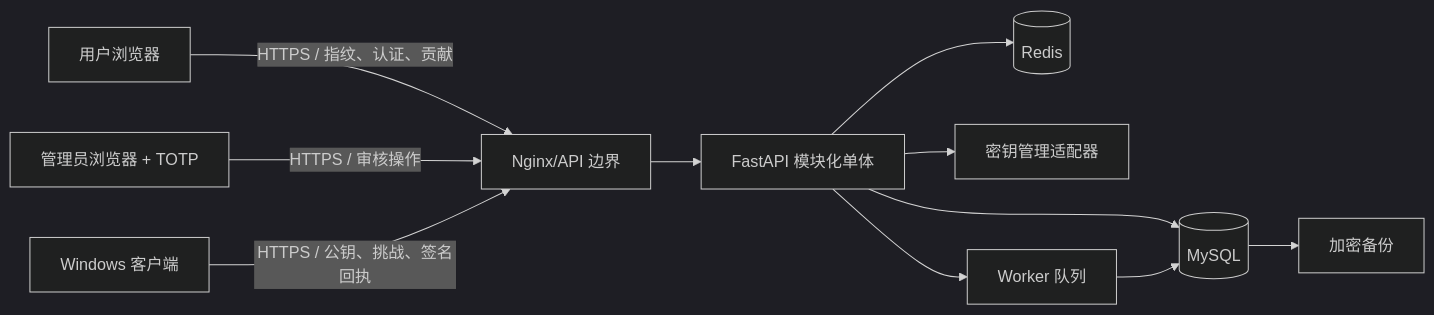
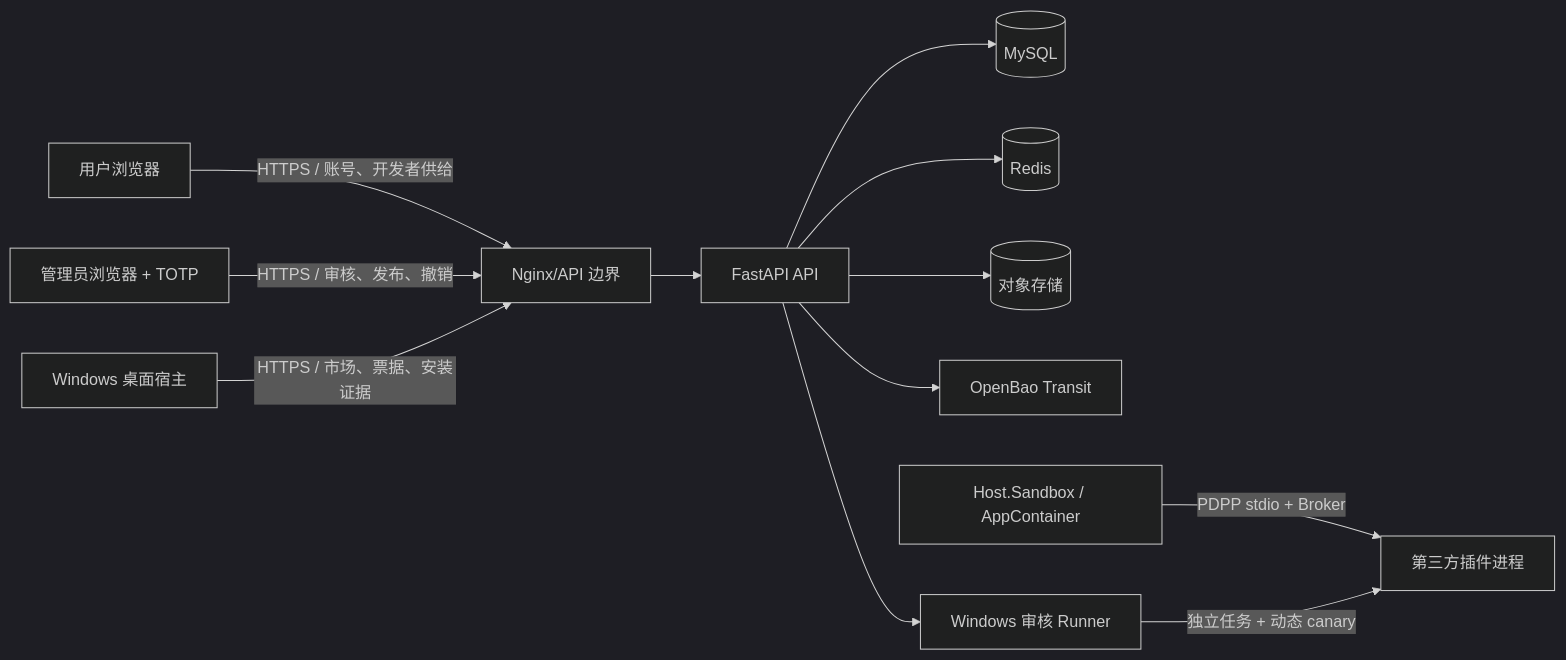
The diagram in docs/threat-model/initial-threat-model.md (sakuralike/md5), drawn with Mermaid (dark theme) before and after one commit. The commit also changed other lines of this file and 37 other files, not shown here.

Commit message:
feat: complete rust sandbox and host isolation boundary

````diff
--- a/docs/threat-model/initial-threat-model.md
+++ b/docs/threat-model/initial-threat-model.md
@@ -17,13 +21,14 @@
 ```mermaid
 flowchart LR
-    U["用户浏览器"] -->|"HTTPS / 指纹、认证、贡献"| N["Nginx/API 边界"]
-    A["管理员浏览器 + TOTP"] -->|"HTTPS / 审核操作"| N
-    D["Windows 客户端"] -->|"HTTPS / 公钥、挑战、签名回执"| N
-    N --> API["FastAPI 模块化单体"]
+    U["用户浏览器"] -->|"HTTPS / 账号、开发者供给"| EDGE["Nginx/API 边界"]
+    A["管理员浏览器 + TOTP"] -->|"HTTPS / 审核、发布、撤销"| EDGE
+    D["Windows 桌面宿主"] -->|"HTTPS / 市场、票据、安装证据"| EDGE
+    EDGE --> API["FastAPI API"]
     API --> DB[("MySQL")]
-    API --> R[("Redis")]
-    API --> K["密钥管理适配器"]
-    API --> Q["Worker 队列"]
-    Q --> DB
-    DB --> B["加密备份"]
+    API --> REDIS[("Redis")]
+    API --> OBJ[("对象存储")]
+    API --> BAO["OpenBao Transit"]
+    API --> RUNNER["Windows 审核 Runner"]
+    HOST["Host.Sandbox / AppContainer"] -->|"PDPP stdio + Broker"| PLUGIN["第三方插件进程"]
+    RUNNER -->|"独立任务 + 动态 canary"| PLUGIN
 ```
````
